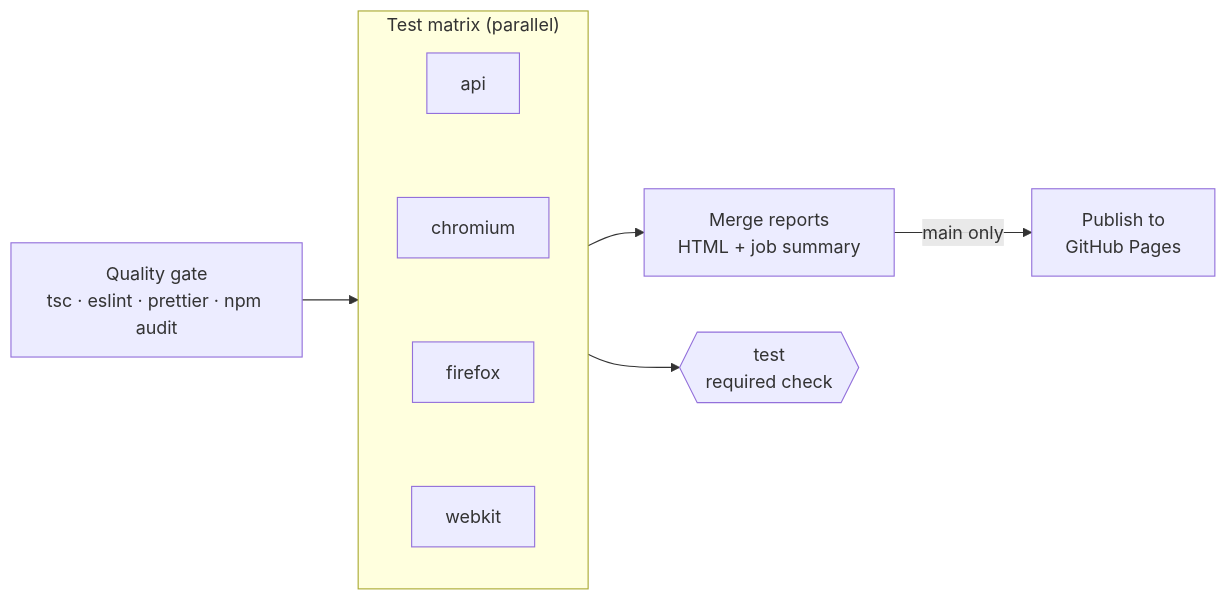
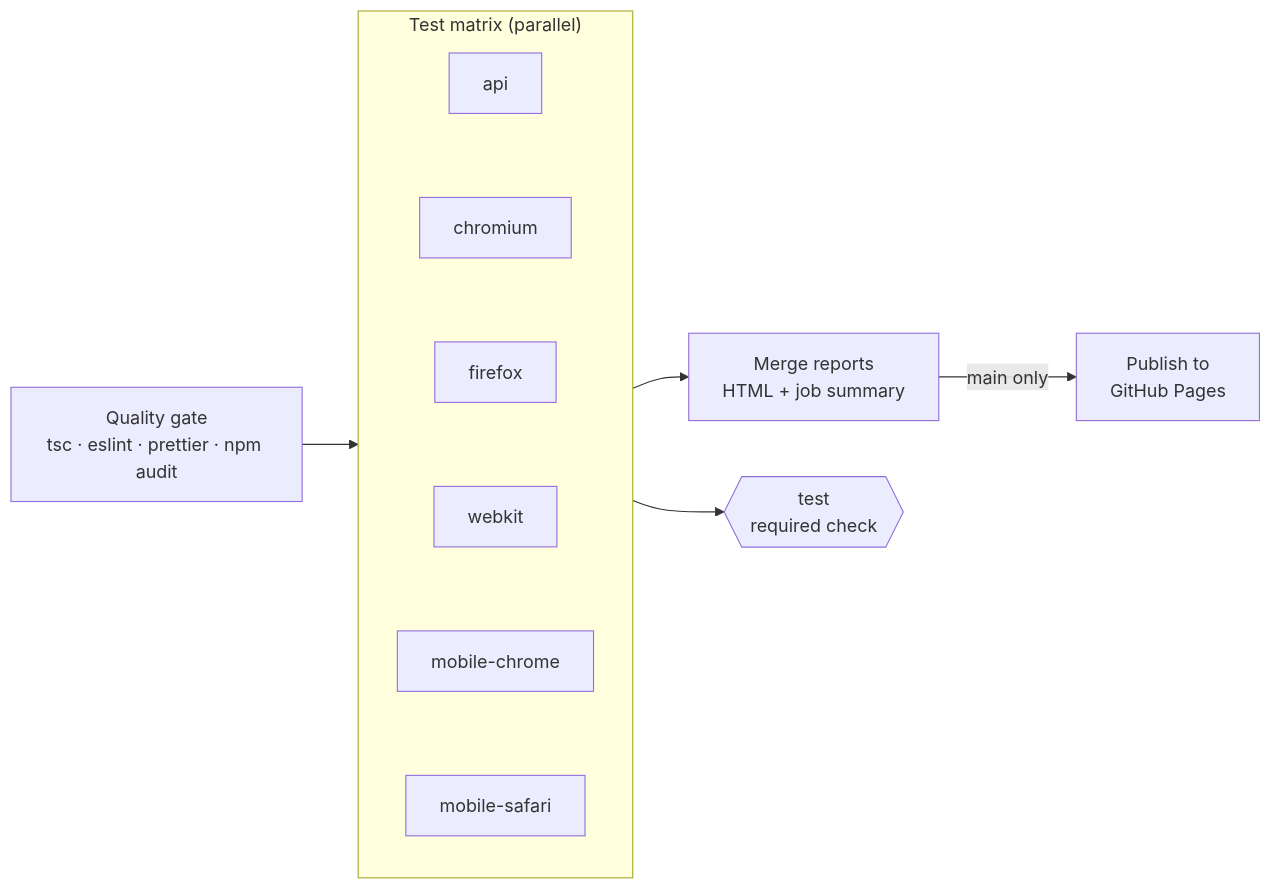
The second of 2 diagrams in README.md (Zetyre/athena-bank-playwright-tests), drawn with Mermaid before and after one commit. The commit also changed other lines of this file and 14 other files, not shown here.

````diff
--- a/README.md
+++ b/README.md
@@ -324,11 +332,11 @@
 ```mermaid
 flowchart LR
   Q["Quality gate<br/>tsc · eslint · prettier · npm audit"] --> M
   subgraph M["Test matrix (parallel)"]
     direction TB
-    A[api] ~~~ CH[chromium] ~~~ FF[firefox] ~~~ WK[webkit]
+    A[api] ~~~ CH[chromium] ~~~ FF[firefox] ~~~ WK[webkit] ~~~ MC[mobile-chrome] ~~~ MS[mobile-safari]
   end
   M --> R["Merge reports<br/>HTML + job summary"]
   M --> G{{"test<br/>required check"}}
   R -->|main only| P["Publish to<br/>GitHub Pages"]
 ```
````
